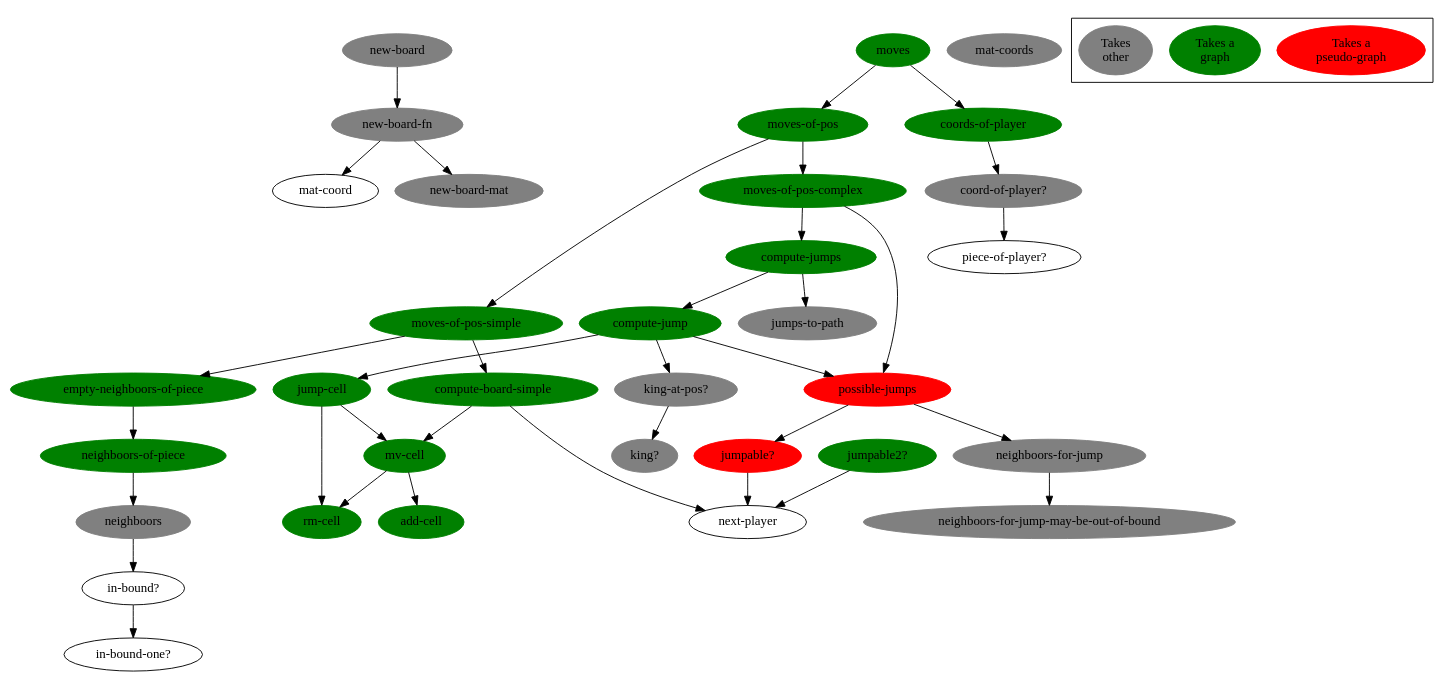
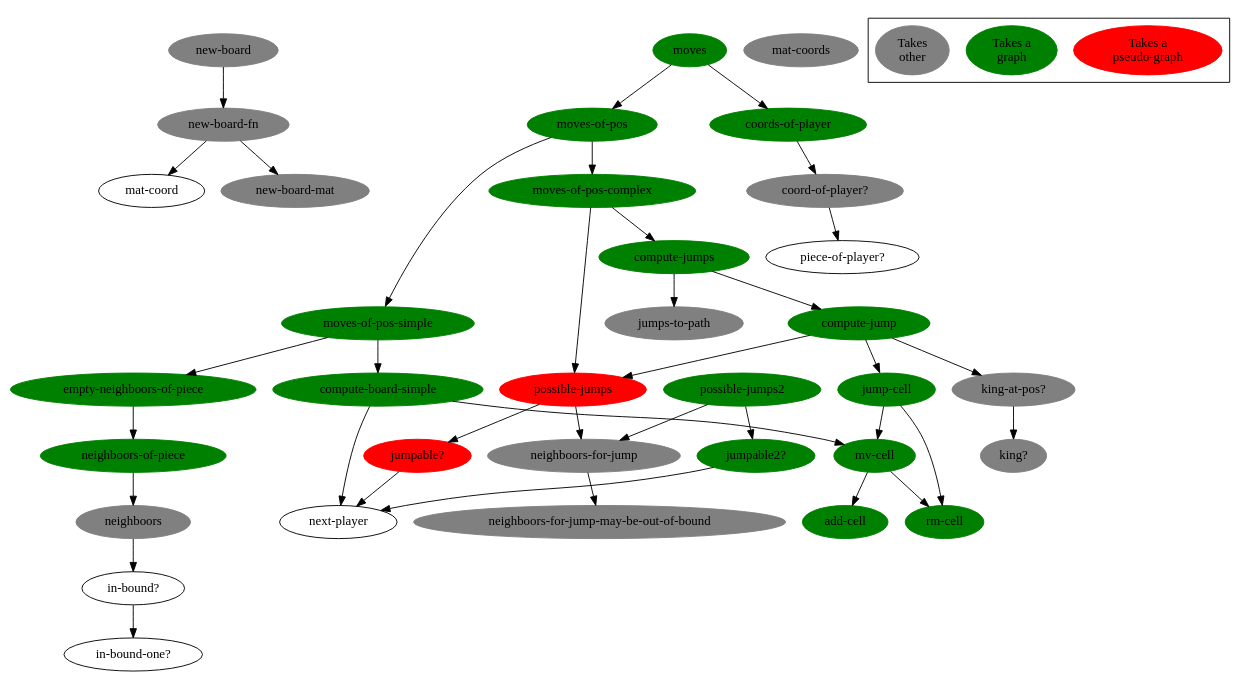
The diagram in doc/function-graph-detailled.dot (denlab/clojure-plays-checkers), drawn with Graphviz before and after one commit. The commit also changed 1 other file, not shown here.

Commit message:
refacto-in-progress: created possible-jumps2 branched on jumpable2?

```diff
--- a/doc/function-graph-detailled.dot
+++ b/doc/function-graph-detailled.dot
@@ -1,115 +1,119 @@
 digraph funtions {
 
 /******************************************************************************
  *                         edges                                              *         
  ******************************************************************************/
 
         "new-board-fn" -> "mat-coord";
         "new-board-fn" -> "new-board-mat";
         
         "new-board" -> "new-board-fn";
 
         "in-bound?" -> "in-bound-one?";
 
         "neighboors" -> "in-bound?";
 
         "neighboors-of-piece" -> "neighboors";
 
         "empty-neighboors-of-piece" -> "neighboors-of-piece";
 
         "mv-cell" -> "rm-cell";
         "mv-cell" -> "add-cell";
 
         "compute-board-simple" -> "mv-cell";
         "compute-board-simple" -> "next-player";
 
         "moves-of-pos-simple" -> "compute-board-simple";
         "moves-of-pos-simple" ->  "empty-neighboors-of-piece";
         
         "neighboors-for-jump" -> "neighboors-for-jump-may-be-out-of-bound";
 
         "jumpable?" -> "next-player";
         "jumpable2?" -> "next-player";
 
         "possible-jumps" -> "jumpable?";
         "possible-jumps" -> "neighboors-for-jump";
+
+        "possible-jumps2" -> "jumpable2?";
+        "possible-jumps2" -> "neighboors-for-jump";
 
         "jump-cell" -> "rm-cell";
         "jump-cell" -> "mv-cell";
 
         "king-at-pos?" -> "king?";
 
         "compute-jump" -> "jump-cell";
         "compute-jump" -> "possible-jumps";
         "compute-jump" -> "king-at-pos?";
 
         "compute-jumps" -> "compute-jump";
         "compute-jumps" -> "jumps-to-path";
 
         "moves-of-pos-complex" -> "compute-jumps";
         "moves-of-pos-complex" -> "possible-jumps";
 
         "moves-of-pos" -> "moves-of-pos-simple";
         "moves-of-pos" -> "moves-of-pos-complex";
 
         "coord-of-player?" -> "piece-of-player?";
 
         "coords-of-player" -> "coord-of-player?";
 
         "moves" -> "moves-of-pos";
         "moves" -> "coords-of-player";
 
 /******************************************************************************
  *                         nodes                                              *         
  ******************************************************************************/
 
         "moves"[bgcolor=green color=green style=filled];
         "coords-of-player"[bgcolor=green color=green style=filled];
         "moves-of-pos"[bgcolor=green color=green style=filled];
         "moves-of-pos-complex"[bgcolor=green color=green style=filled];
         "moves-of-pos-simple"[bgcolor=green color=green style=filled];
         "compute-board-simple"[bgcolor=green color=green style=filled];
         "mv-cell"[bgcolor=green color=green style=filled];
         "add-cell"[bgcolor=green color=green style=filled];
         "rm-cell"[bgcolor=green color=green style=filled];
         "empty-neighboors-of-piece"[bgcolor=green color=green style=filled];
         "neighboors-of-piece"[bgcolor=green color=green style=filled];
 
         "compute-jump"[bgcolor=green color=green style=filled];
 
         "jump-cell"[bgcolor=green color=green style=filled];
         "possible-jumps"[bgcolor=red color=red style=filled];
+        "possible-jumps2"[bgcolor=green color=green style=filled];
         "jumpable?"[bgcolor=red color=red style=filled];
         "jumpable2?"[bgcolor=green color=green style=filled];
 
         "coord-of-player?"[bgcolor=grey color=grey style=filled];
         "jumps-to-path"[bgcolor=grey color=grey style=filled];
         "king-at-pos?"[bgcolor=grey color=grey style=filled];
         "king?"[bgcolor=grey color=grey style=filled];
         "neighboors-for-jump"[bgcolor=grey color=grey style=filled];
         "neighboors-for-jump-may-be-out-of-bound"[bgcolor=grey color=grey style=filled];
         "neighboors"[bgcolor=grey color=grey style=filled];
         "new-board"[bgcolor=grey color=grey style=filled];
         "new-board-fn"[bgcolor=grey color=grey style=filled];
         "new-board-mat"[bgcolor=grey color=grey style=filled];
         "mat-coords"[bgcolor=grey color=grey style=filled];
 
 
         "compute-jumps"[bgcolor=green color=green style=filled];
 
 /******************************************************************************
  *                         legend                                             *         
  ******************************************************************************/
 
         "Takes a\npseudo-graph"[bgcolor=red color=red style=filled];
         "Takes a\ngraph"[bgcolor=green color=green style=filled];
 //        "Takes\nother"[bgcolor="#94003f" color="#94003f" style=filled];
         "Takes\nother"[bgcolor=grey color=grey style=filled];
 
         subgraph "cluster-legend" {
                 "Takes a\npseudo-graph";
                 "Takes a\ngraph";
                 "Takes\nother";
         }
 
 }
```
